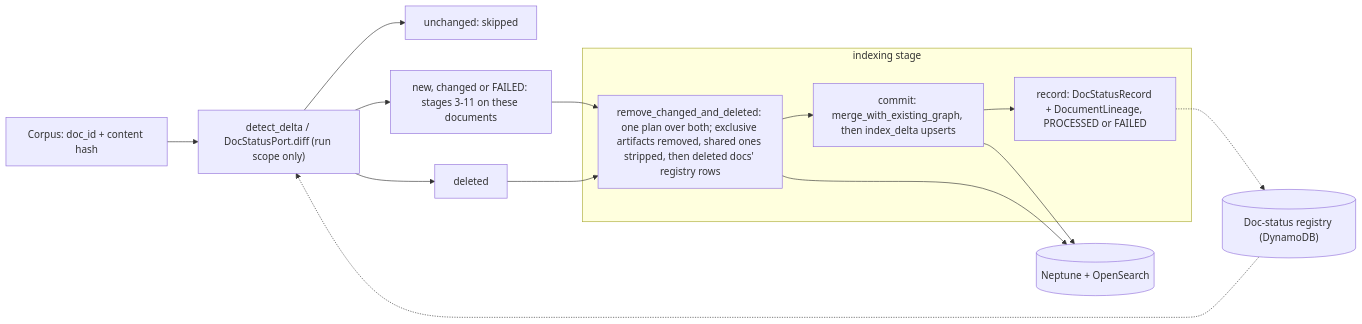
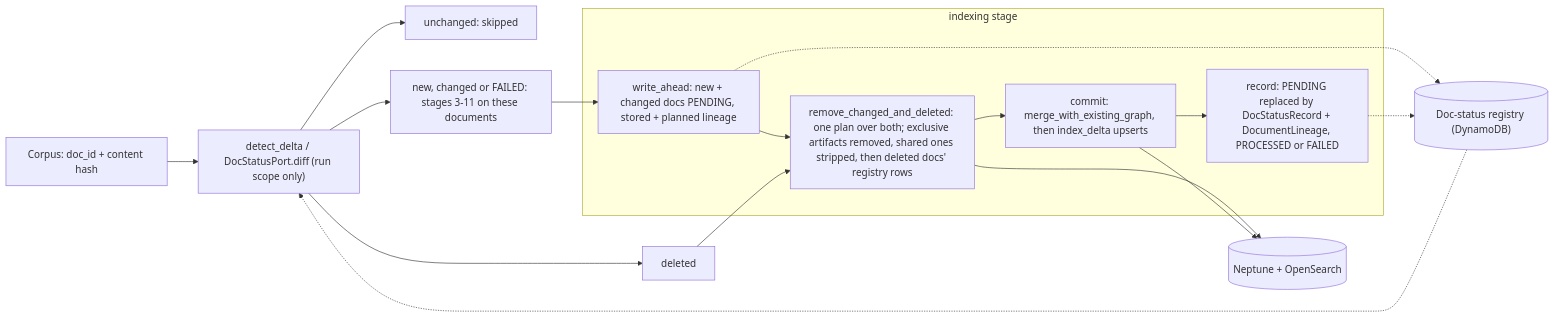
One commit to awslabs/unified-kg-rag-on-aws changed the second of 3 diagrams in docs/design.ko.md. Above: the diagram before and after it, drawn with Mermaid. The commit also changed other lines of this file and 19 other files, not shown here.

First line of the commit message:
fix(incremental): write ahead registry records so interrupted runs recover (#194)

````diff
--- a/docs/design.ko.md
+++ b/docs/design.ko.md
@@ -227,19 +227,21 @@
 ```mermaid
 flowchart LR
     corpus["Corpus: doc_id + content hash"] --> diff["detect_delta / DocStatusPort.diff (run scope only)"]
     registry[("Doc-status registry (DynamoDB)")] -.-> diff
     diff --> unchanged["unchanged: skipped"]
     diff --> work["new, changed or FAILED: stages 3-11 on these documents"]
     diff --> deleted["deleted"]
     subgraph indexing["indexing stage"]
+        wal["write_ahead: new + changed docs PENDING, stored + planned lineage"]
         remove["remove_changed_and_deleted: one plan over both; exclusive artifacts removed, shared ones stripped, then deleted docs' registry rows"]
         commit["commit: merge_with_existing_graph, then index_delta upserts"]
-        record["record: DocStatusRecord + DocumentLineage, PROCESSED or FAILED"]
-        remove --> commit --> record
+        record["record: PENDING replaced by DocStatusRecord + DocumentLineage, PROCESSED or FAILED"]
+        wal --> remove --> commit --> record
     end
-    work --> remove
+    work --> wal
     deleted --> remove
+    wal -.-> registry
     remove --> stores[("Neptune + OpenSearch")]
     commit --> stores
     record -.-> registry
 ```
````
